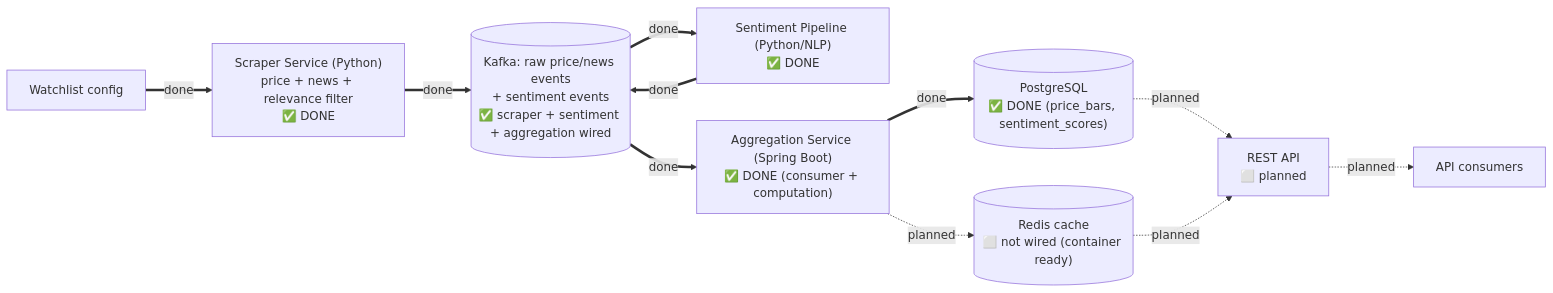
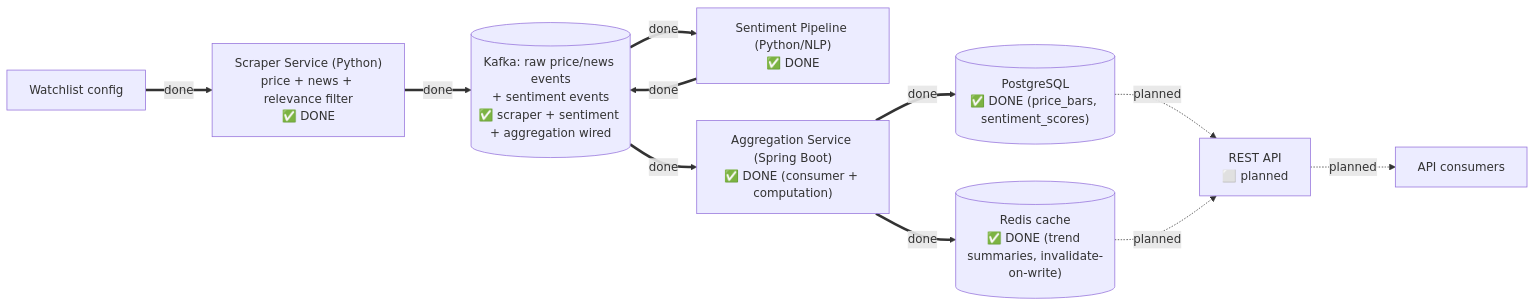
One commit to shreyansgosalia18/marketpulse changed the diagram in docs/architecture/system-overview.md. Above: the diagram before and after it, drawn with Mermaid. The commit also changed other lines of this file and 15 other files, not shown here.

````diff
--- a/docs/architecture/system-overview.md
+++ b/docs/architecture/system-overview.md
@@ -7,23 +7,23 @@
 ```mermaid
 flowchart LR
     WL["Watchlist config"]
     SC["Scraper Service (Python)<br/>price + news + relevance filter<br/>✅ DONE"]
     SENT["Sentiment Pipeline (Python/NLP)<br/>✅ DONE"]
     KAFKA[("Kafka: raw price/news events<br/>+ sentiment events<br/>✅ scraper + sentiment + aggregation wired")]
     AGG["Aggregation Service (Spring Boot)<br/>✅ DONE (consumer + computation)"]
     PG[("PostgreSQL<br/>✅ DONE (price_bars, sentiment_scores)")]
-    REDIS[("Redis cache<br/>⬜ not wired (container ready)")]
+    REDIS[("Redis cache<br/>✅ DONE (trend summaries, invalidate-on-write)")]
     API["REST API<br/>⬜ planned"]
     CONSUMERS["API consumers"]
 
     WL ==>|done| SC
     SC ==>|done| KAFKA
     KAFKA ==>|done| SENT
     SENT ==>|done| KAFKA
     KAFKA ==>|done| AGG
     AGG ==>|done| PG
-    AGG -.->|planned| REDIS
+    AGG ==>|done| REDIS
     PG -.->|planned| API
     REDIS -.->|planned| API
     API -.->|planned| CONSUMERS
 ```
````
